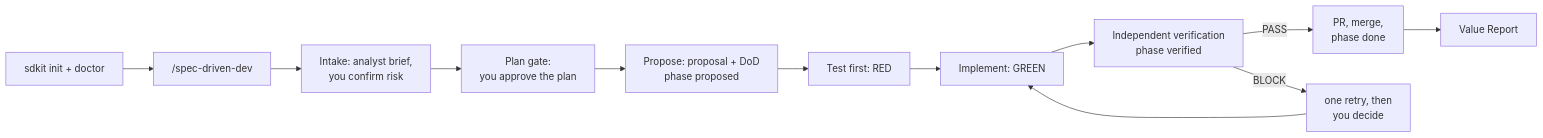
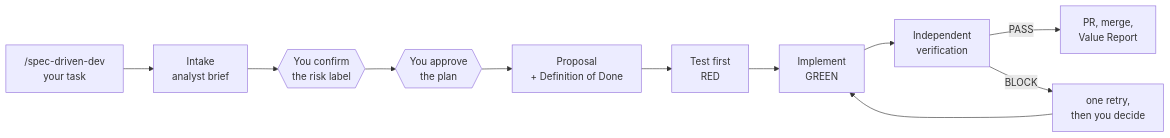
Before and after one commit to wecii/sdkit: the diagram in README.md, drawn with Mermaid. The commit also changed other lines of this file and 2 other files, not shown here.

````diff
--- a/README.md
+++ b/README.md
@@ -69,14 +27,13 @@
 ```mermaid
 flowchart LR
-  A["sdkit init + doctor"] --> B["/spec-driven-dev"]
-  B --> C["Intake: analyst brief,<br/>you confirm risk"]
-  C --> D["Plan gate:<br/>you approve the plan"]
-  D --> E["Propose: proposal + DoD<br/>phase proposed"]
-  E --> F["Test first: RED"]
-  F --> G["Implement: GREEN"]
-  G --> H["Independent verification<br/>phase verified"]
-  H -->|PASS| I["PR, merge,<br/>phase done"]
-  H -->|BLOCK| R["one retry, then<br/>you decide"]
+  A["/spec-driven-dev<br/>your task"] --> B["Intake<br/>analyst brief"]
+  B --> C{{"You confirm<br/>the risk label"}}
+  C --> D{{"You approve<br/>the plan"}}
+  D --> E["Proposal<br/>+ Definition of Done"]
+  E --> F["Test first<br/>RED"]
+  F --> G["Implement<br/>GREEN"]
+  G --> H["Independent<br/>verification"]
+  H -->|PASS| I["PR, merge,<br/>Value Report"]
+  H -->|BLOCK| R["one retry,<br/>then you decide"]
   R --> G
-  I --> J["Value Report"]
 ```
````
